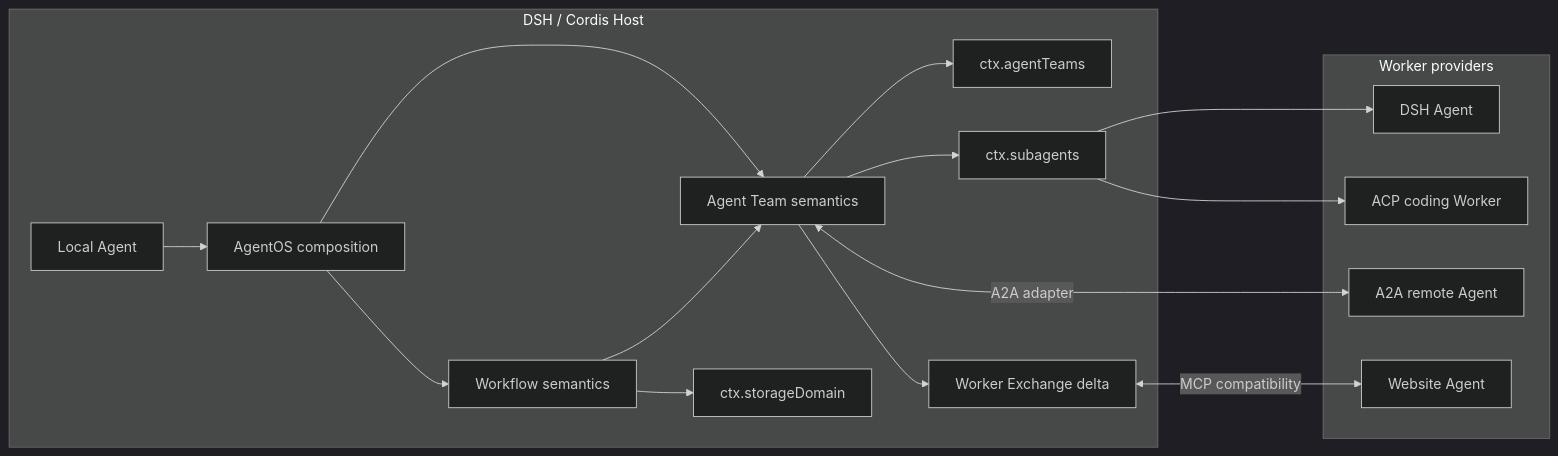
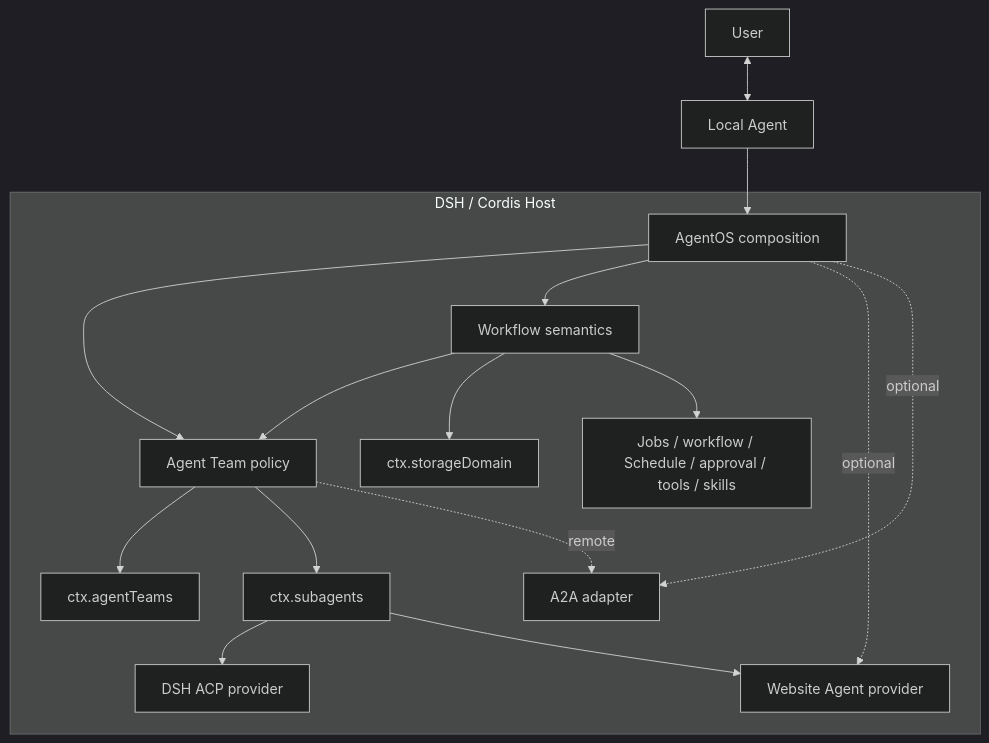
Before and after one commit to tsuuanmi/AgentOS: the diagram in docs/architecture/README.md, drawn with Mermaid (dark theme). The commit also changed other lines of this file, not shown here.

Commit message:
docs: consolidate plugin-first architecture around DSH host

```diff
--- a/docs/architecture/README.md
+++ b/docs/architecture/README.md
@@ -359,35 +35,34 @@
 ~~~mermaid
-flowchart LR
+flowchart TB
+    User[User] <--> Local[Local Agent]
+
     subgraph Host["DSH / Cordis Host"]
-        Local[Local Agent]
         AO[AgentOS composition]
-        Team[Agent Team semantics]
+        Team[Agent Team policy]
         WF[Workflow semantics]
+        Website[Website Agent provider]
+        A2A[A2A adapter]
+
         DSHAT[ctx.agentTeams]
         Sub[ctx.subagents]
+        ACP[DSH ACP provider]
         Store[ctx.storageDomain]
-        Exchange[Worker Exchange delta]
-    end
-
-    subgraph Providers["Worker providers"]
-        DA[DSH Agent]
-        ACPW[ACP coding Worker]
-        RA[A2A remote Agent]
-        WA[Website Agent]
+        Runtime[Jobs / workflow / Schedule / approval / tools / skills]
     end
 
     Local --> AO
     AO --> Team
     AO --> WF
+    AO -. optional .-> Website
+    AO -. optional .-> A2A
+
     WF --> Team
-
     Team --> DSHAT
     Team --> Sub
-    Team --> Exchange
+    Sub --> ACP
+    Sub --> Website
+    Team -. remote .-> A2A
+
     WF --> Store
-
-    Sub --> DA
-    Sub --> ACPW
-    Team <-->|A2A adapter| RA
-    Exchange <-->|MCP compatibility| WA
+    WF --> Runtime
 ~~~
```
